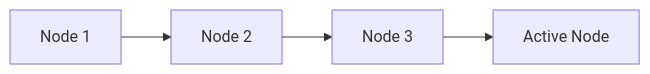
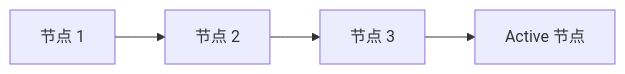
Before and after one commit to ywtshuai/AgentOS: the third of 4 diagrams in Docs/design.md, drawn with Mermaid. The commit also changed other lines of this file and 2 other files, not shown here.

````diff
--- a/Docs/design.md
+++ b/Docs/design.md
@@ -115,6 +115,6 @@
 ```mermaid
 flowchart LR
-    N1[Node 1] --> N2[Node 2]
-    N2 --> N3[Node 3]
-    N3 --> N4[Active Node]
+    N1[节点 1] --> N2[节点 2]
+    N2 --> N3[节点 3]
+    N3 --> N4[Active 节点]
 ```
````
